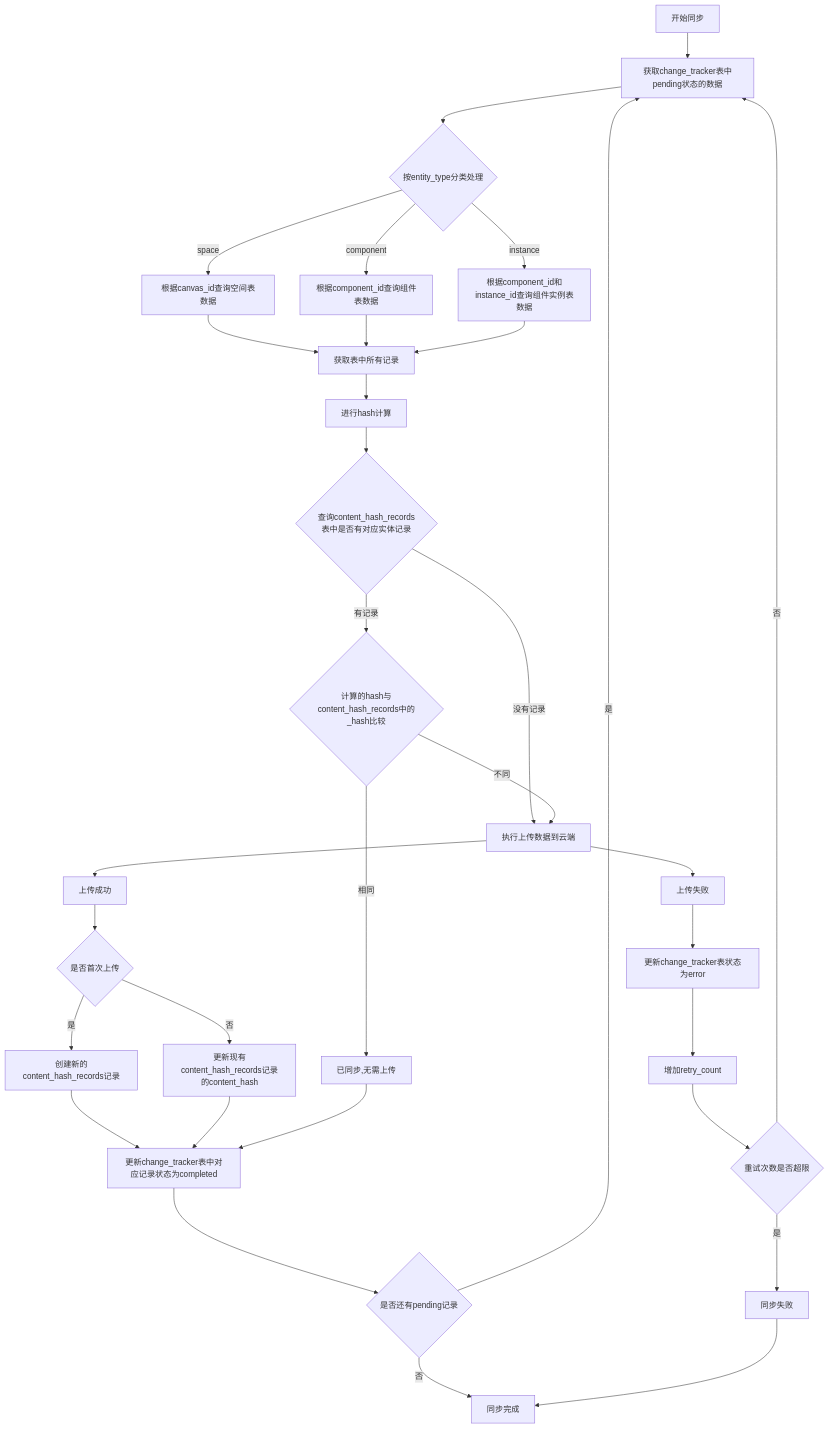
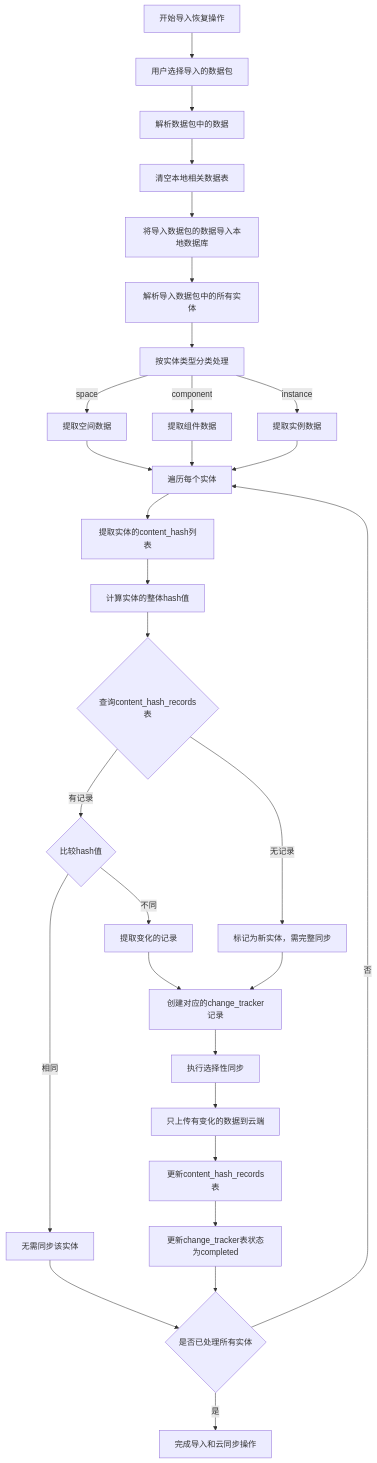
One commit to yingjianzh/iodraw-files changed the diagram in all/未命名-44.md. Above: the diagram before and after it, drawn with Mermaid.

Commit message:
2025-04-27 11:24:32 update

````diff
--- a/all/未命名-44.md
+++ b/all/未命名-44.md
@@ -1,47 +1,44 @@
 ```mermaid
-
 flowchart TD
-    A[开始同步] --> B[获取change_tracker表中pending状态的数据]
-    B --> C{按entity_type分类处理}
+    A[开始导入恢复操作] --> B[用户选择导入的数据包]
+    B --> C[解析数据包中的数据]
     
-    C -->|space| D1[根据canvas_id查询空间表数据]
-    C -->|component| D2[根据component_id查询组件表数据]
-    C -->|instance| D3[根据component_id和instance_id查询组件实例表数据]
+    C --> D[清空本地相关数据表]
+    D --> E[将导入数据包的数据导入本地数据库]
     
-    D1 --> E1[获取表中所有记录]
-    D2 --> E1
-    D3 --> E1
+    E --> F[解析导入数据包中的所有实体]
+    F --> G[按实体类型分类处理]
     
-    E1 --> E2[进行hash计算]
+    G -->|space| H1[提取空间数据]
+    G -->|component| H2[提取组件数据]
+    G -->|instance| H3[提取实例数据]
     
+    H1 --> I[遍历每个实体]
+    H2 --> I
+    H3 --> I
     
-    E2 --> I1{查询content_hash_records表中是否有对应实体记录}
-    I1 -->|没有记录| K[执行上传数据到云端]
-    I1 -->|有记录| I2{计算的hash与content_hash_records中的_hash比较}
-    I2 -->|相同| J[已同步,无需上传]
-    I2 -->|不同| K
+    I --> J[提取实体的content_hash列表]
+    J --> K[计算实体的整体hash值]
     
-    K --> L[上传成功]
-    L --> M1{是否首次上传}
-    M1 -->|是| M2[创建新的content_hash_records记录]
-    M1 -->|否| M3[更新现有content_hash_records记录的content_hash]
+    K --> L{查询content_hash_records表}
+    L -->|无记录| M1[标记为新实体，需完整同步]
+    L -->|有记录| M2{比较hash值}
     
-    M2 --> N[更新change_tracker表中对应记录状态为completed]
-    M3 --> N
+    M2 -->|相同| M3[无需同步该实体]
+    M2 -->|不同| M4[提取变化的记录]
     
-    J --> N
+    M4 --> N1[创建对应的change_tracker记录]
+    M1 --> N1
     
-    N --> O{是否还有pending记录}
-    O -->|是| B
-    O -->|否| P[同步完成]
+    N1 --> O[执行选择性同步]
+    O --> P[只上传有变化的数据到云端]
     
-    K --> Q[上传失败]
-    Q --> R[更新change_tracker表状态为error]
-    R --> S[增加retry_count]
-    S --> T{重试次数是否超限}
-    T -->|是| U[同步失败]
-    T -->|否| B
+    P --> Q[更新content_hash_records表]
+    Q --> R[更新change_tracker表状态为completed]
     
-    U --> P
-
+    M3 --> S{是否已处理所有实体}
+    R --> S
+    
+    S -->|否| I
+    S -->|是| T[完成导入和云同步操作]
 ```
````
